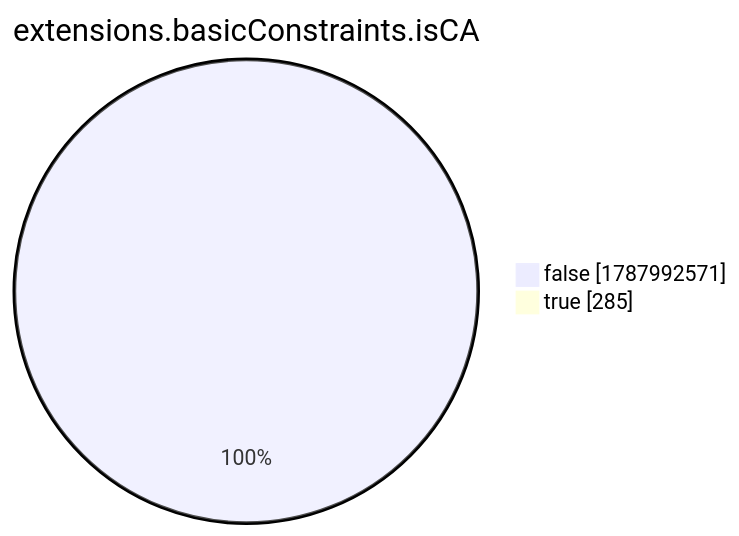
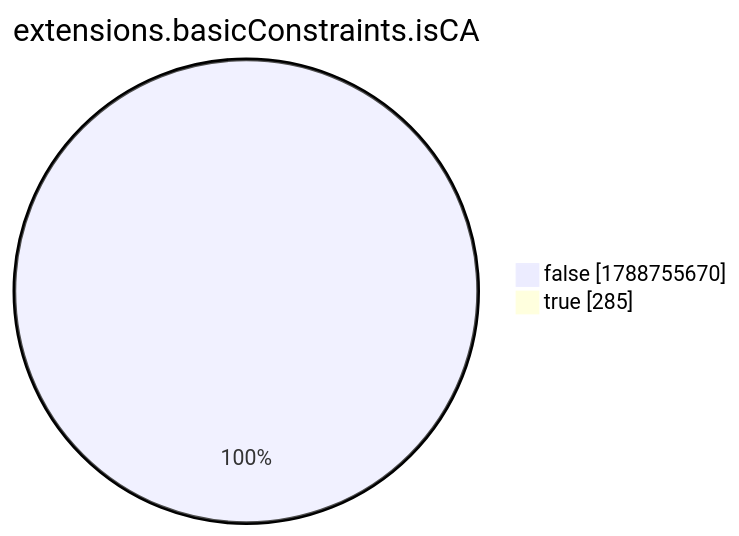
Before and after one commit to christiankrug/ctmonitor_visualization: the eighth of 15 diagrams in xenon2022/README.md, drawn with Mermaid. The commit also changed other lines of this file, not shown here.

````diff
--- a/xenon2022/README.md
+++ b/xenon2022/README.md
@@ -2868,6 +2868,6 @@
 ```mermaid
 pie showData
 title extensions.basicConstraints.isCA
-"false" :1787992571
+"false" :1788755670
 "true" :285
 ```
````
